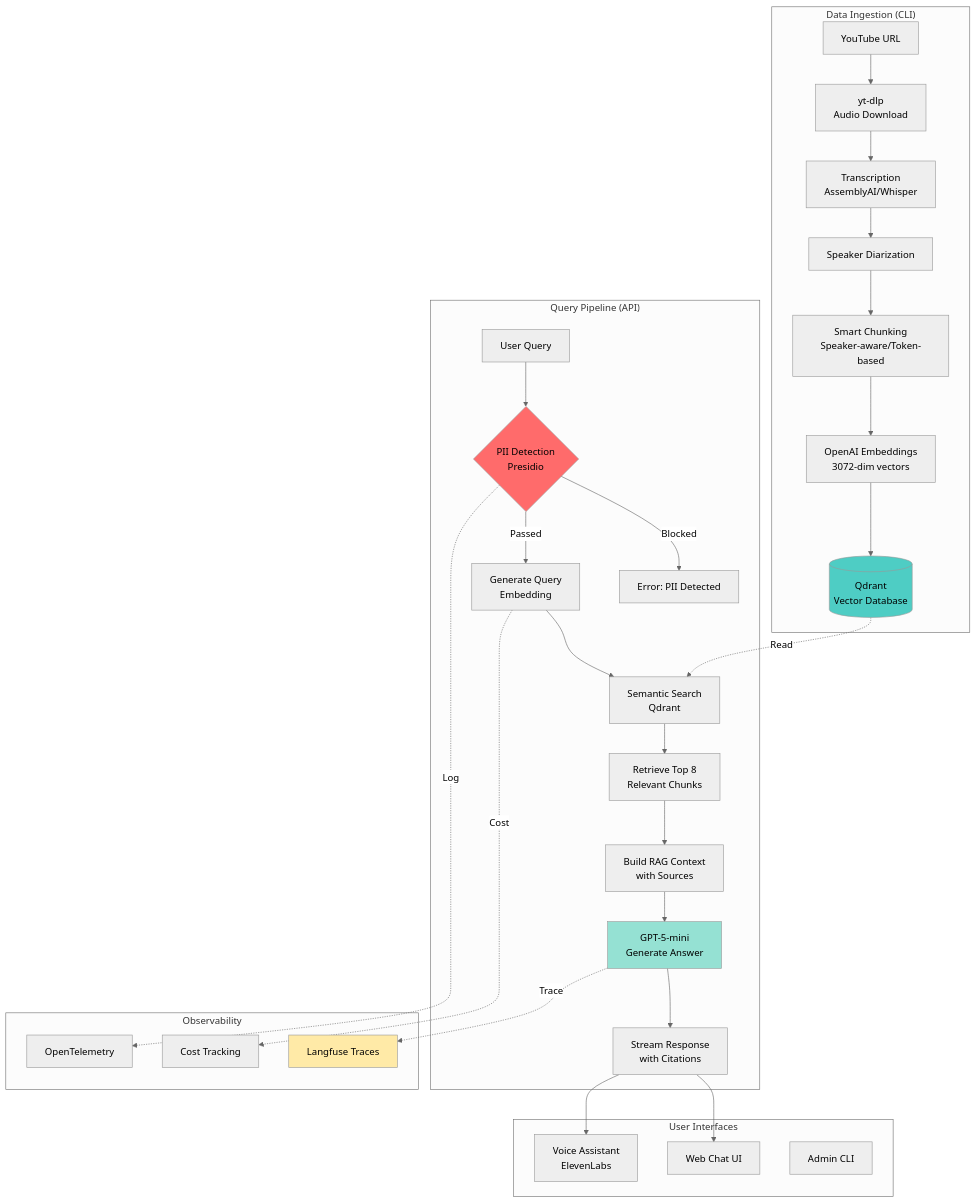
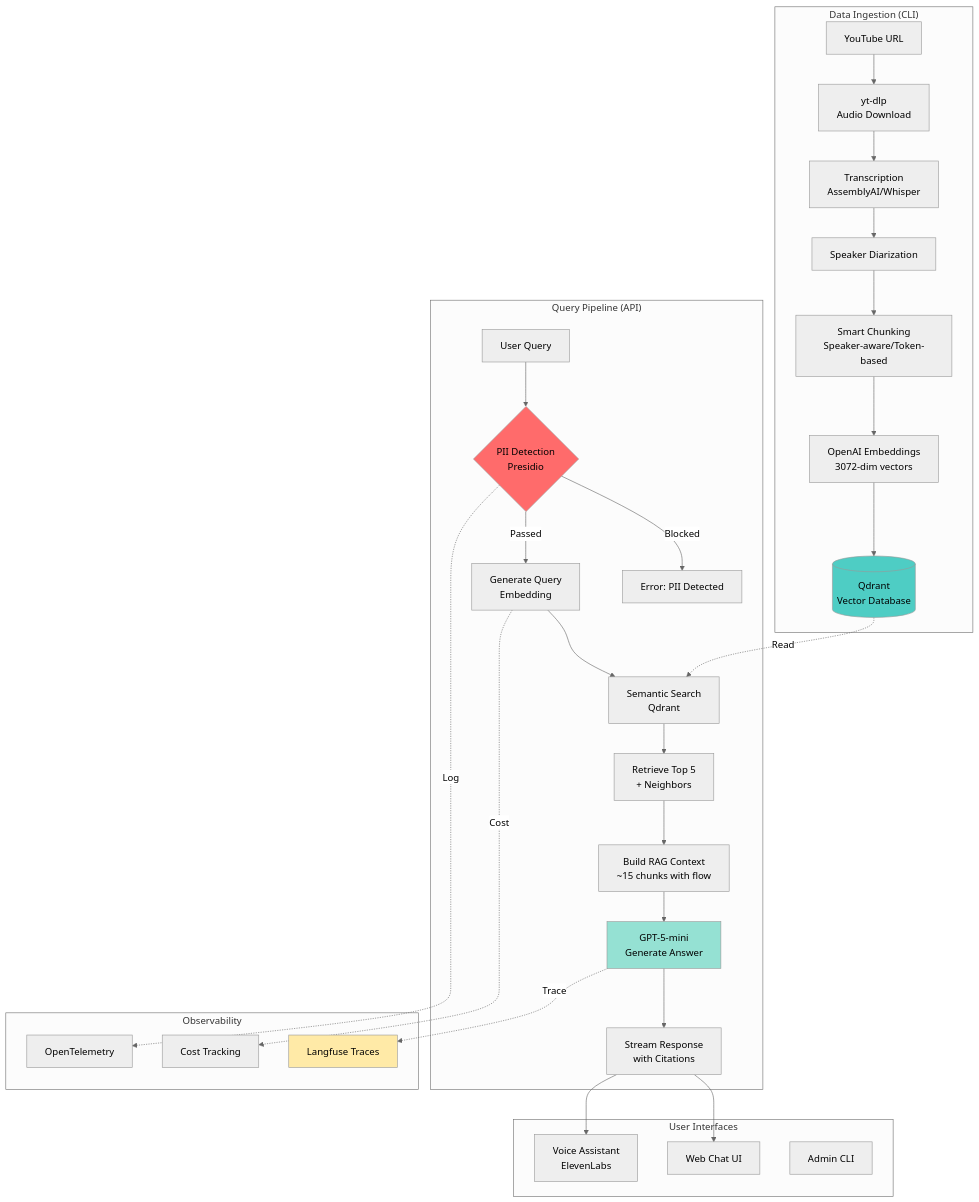
One commit to matjanos/neuca-chatbot changed the first of 16 diagrams in DIAGRAMS.md. Above: the diagram before and after it, drawn with Mermaid (neutral theme). The commit also changed other lines of this file and 13 other files, not shown here.

First line of the commit message:
feat: enhance RAG context expansion and error handling in chat API

````diff
--- a/DIAGRAMS.md
+++ b/DIAGRAMS.md
@@ -9,46 +9,46 @@
 ```mermaid
 graph TB
     subgraph "Data Ingestion (CLI)"
         A[YouTube URL] --> B[yt-dlp<br/>Audio Download]
         B --> C[Transcription<br/>AssemblyAI/Whisper]
         C --> D[Speaker Diarization]
         D --> E[Smart Chunking<br/>Speaker-aware/Token-based]
         E --> F[OpenAI Embeddings<br/>3072-dim vectors]
         F --> G[(Qdrant<br/>Vector Database)]
     end
 
     subgraph "Query Pipeline (API)"
         H[User Query] --> I{PII Detection<br/>Presidio}
         I -->|Blocked| J[Error: PII Detected]
         I -->|Passed| K[Generate Query<br/>Embedding]
         K --> L[Semantic Search<br/>Qdrant]
-        L --> M[Retrieve Top 8<br/>Relevant Chunks]
-        M --> N[Build RAG Context<br/>with Sources]
+        L --> M[Retrieve Top 5<br/>+ Neighbors]
+        M --> N[Build RAG Context<br/>~15 chunks with flow]
         N --> O[GPT-5-mini<br/>Generate Answer]
         O --> P[Stream Response<br/>with Citations]
     end
 
     subgraph "User Interfaces"
         Q[Web Chat UI]
         R[Voice Assistant<br/>ElevenLabs]
         S[Admin CLI]
     end
 
     subgraph "Observability"
         T[Langfuse Traces]
         U[OpenTelemetry]
         V[Cost Tracking]
     end
 
     G -.->|Read| L
     P --> Q
     P --> R
     O -.->|Trace| T
     I -.->|Log| U
     K -.->|Cost| V
 
     style I fill:#ff6b6b
     style G fill:#4ecdc4
     style O fill:#95e1d3
     style T fill:#ffeaa7
 ```
````
